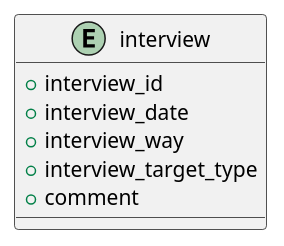
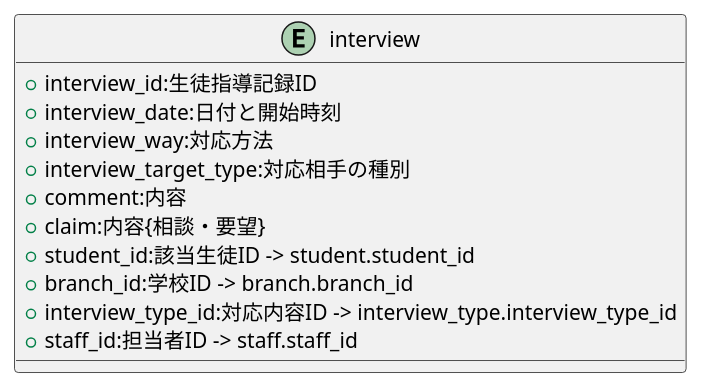
The diagram in Entity/interview.pu (popoposorara/ERP_ER), drawn with PlantUML before and after one commit. The commit also changed 5 other files, not shown here.

```diff
--- a/Entity/interview.pu
+++ b/Entity/interview.pu
@@ -1,11 +1,16 @@
 @startuml
 
 entity "interview"{
-    + interview_id
-    + interview_date
-    + interview_way
-    + interview_target_type
-    + comment
+    + interview_id:生徒指導記録ID
+    + interview_date:日付と開始時刻
+    + interview_way:対応方法
+    + interview_target_type:対応相手の種別
+    + comment:内容
+    + claim:内容{相談・要望}
+    + student_id:該当生徒ID -> student.student_id
+    + branch_id:学校ID -> branch.branch_id
+    + interview_type_id:対応内容ID -> interview_type.interview_type_id
+    + staff_id:担当者ID -> staff.staff_id
 }
 
 @enduml
```
